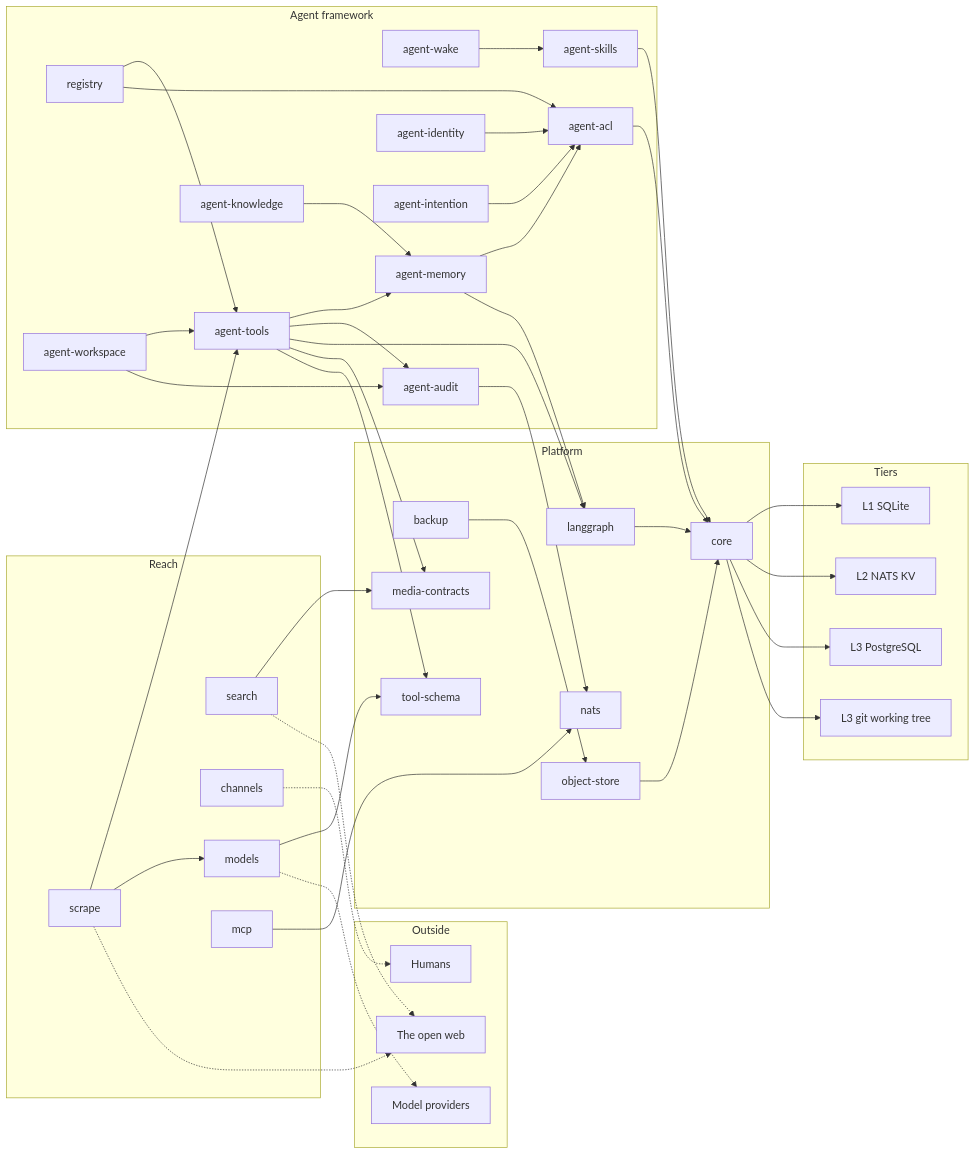
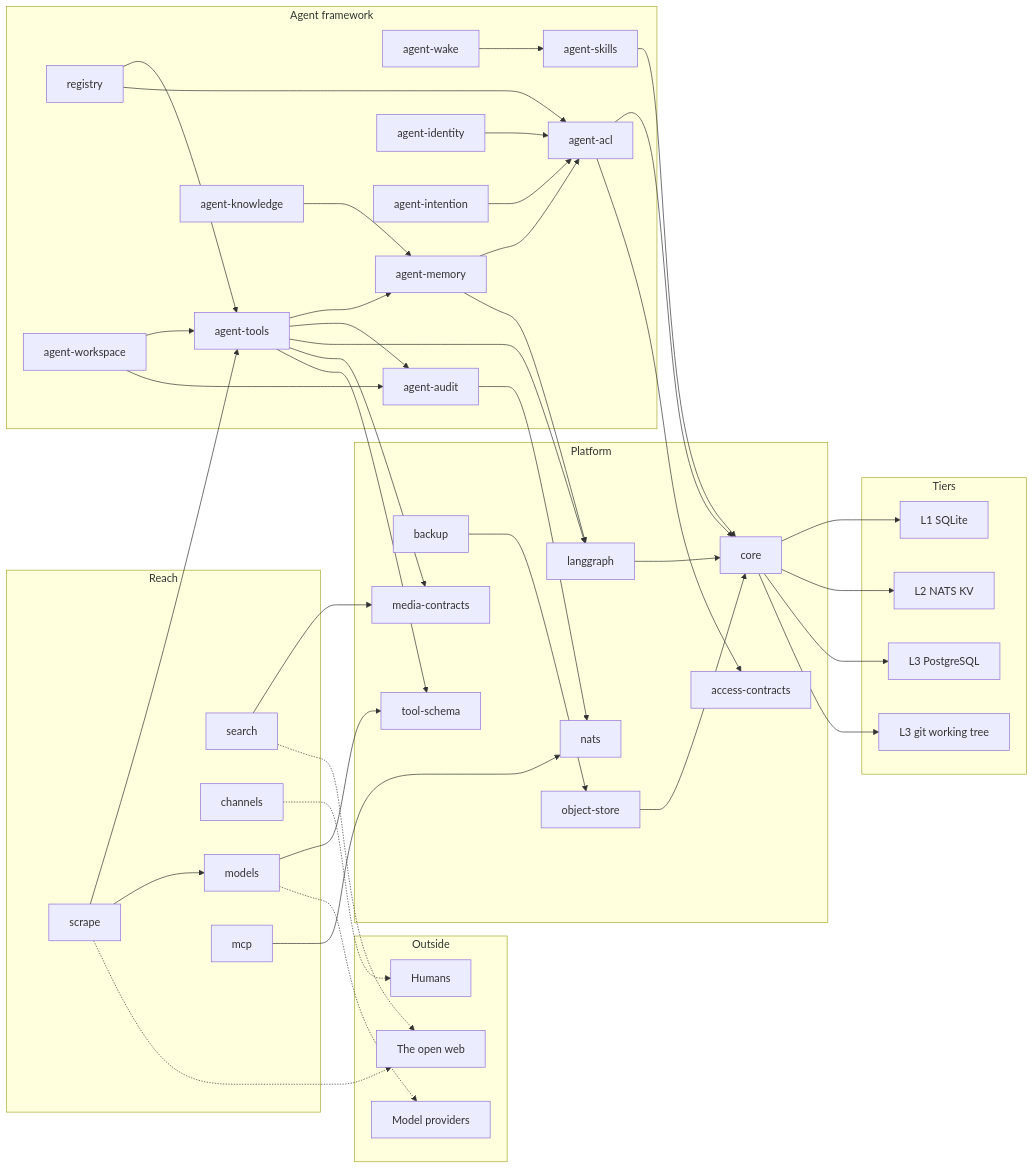
The diagram in README.md (pacepace/3tears), drawn with Mermaid before and after one commit. The commit also changed other lines of this file and 18 other files, not shown here.

First line of the commit message:
access-contracts: a dependency-free leaf holds ImpersonationCategory, and agent-acl re-exports the same class

```diff
--- a/README.md
+++ b/README.md
@@ -247,6 +248,7 @@
         CORE[core]
         NATS[nats]
         MEDIA[media-contracts]
+        ACCESS[access-contracts]
         TSCHEMA[tool-schema]
     end
 
@@ -277,6 +279,7 @@
     WAKE --> SKILL
     SKILL --> CORE
     ACL --> CORE
+    ACL --> ACCESS
     LG --> CORE
     AUDIT --> NATS
     MCP --> NATS
```
